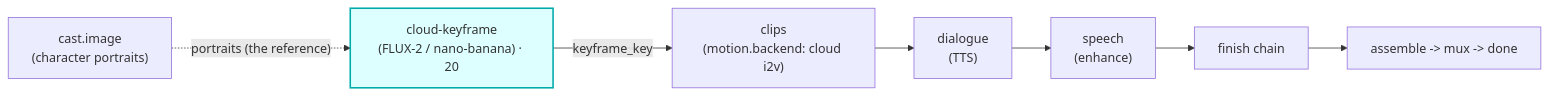
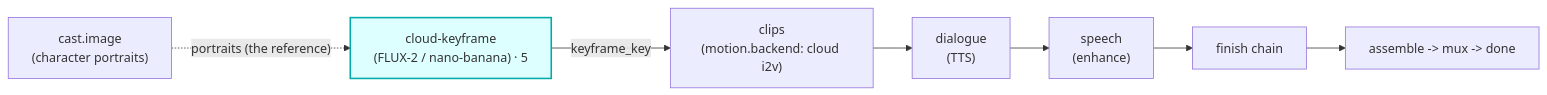
The diagram in modules/cloud-keyframe/README.md (skyphusion-labs/vivijure-cf), drawn with Mermaid before and after one commit. The commit also changed other lines of this file and 29 other files, not shown here.

````diff
--- a/modules/cloud-keyframe/README.md
+++ b/modules/cloud-keyframe/README.md
@@ -16,15 +16,15 @@
 ```mermaid
 flowchart LR
   cast["cast.image<br/>(character portraits)"]
-  kf["cloud-keyframe<br/>(FLUX-2 / nano-banana) · 20"]
+  kf["cloud-keyframe<br/>(FLUX-2 / nano-banana) · 5"]
   clips["clips<br/>(motion.backend: cloud i2v)"]
   dlg["dialogue<br/>(TTS)"]
   sp["speech<br/>(enhance)"]
   fin["finish chain"]
   asm["assemble -> mux -> done"]
 
   cast -. "portraits (the reference)" .-> kf
   kf -- "keyframe_key" --> clips --> dlg --> sp --> fin --> asm
 
   style kf fill:#dff,stroke:#0aa,stroke-width:2px
 ```
````
